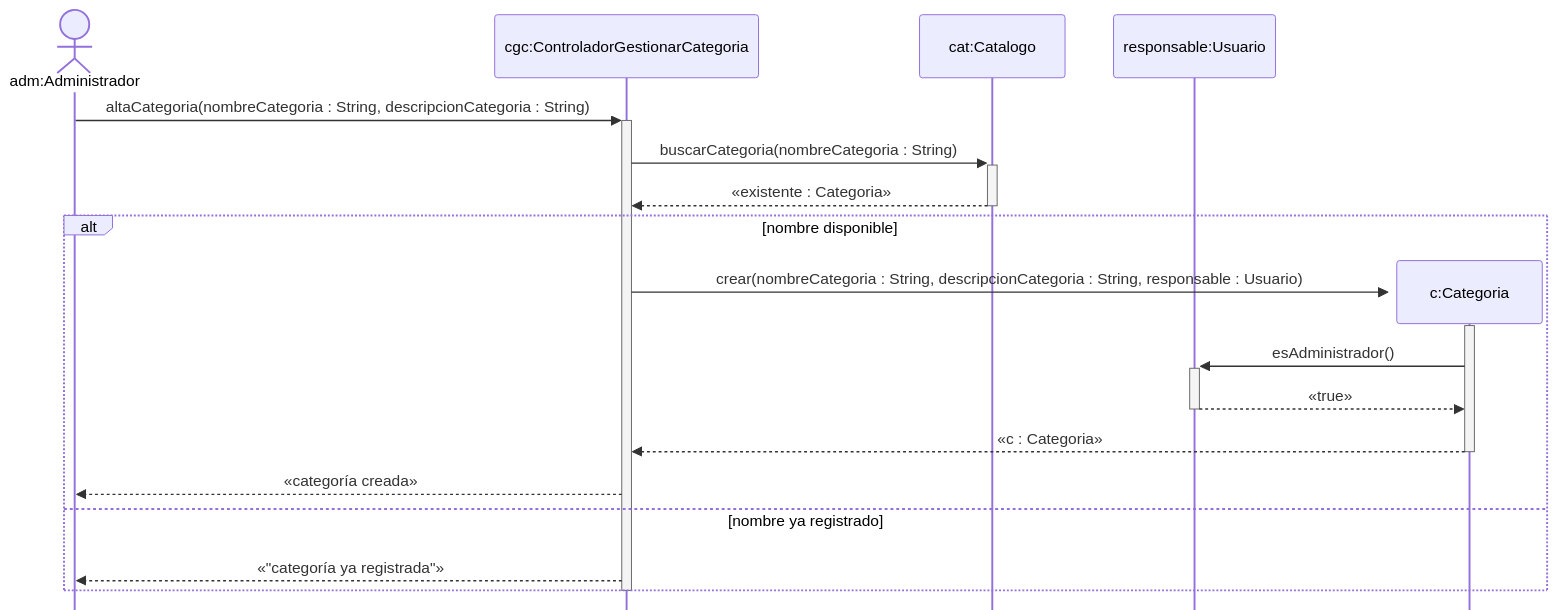
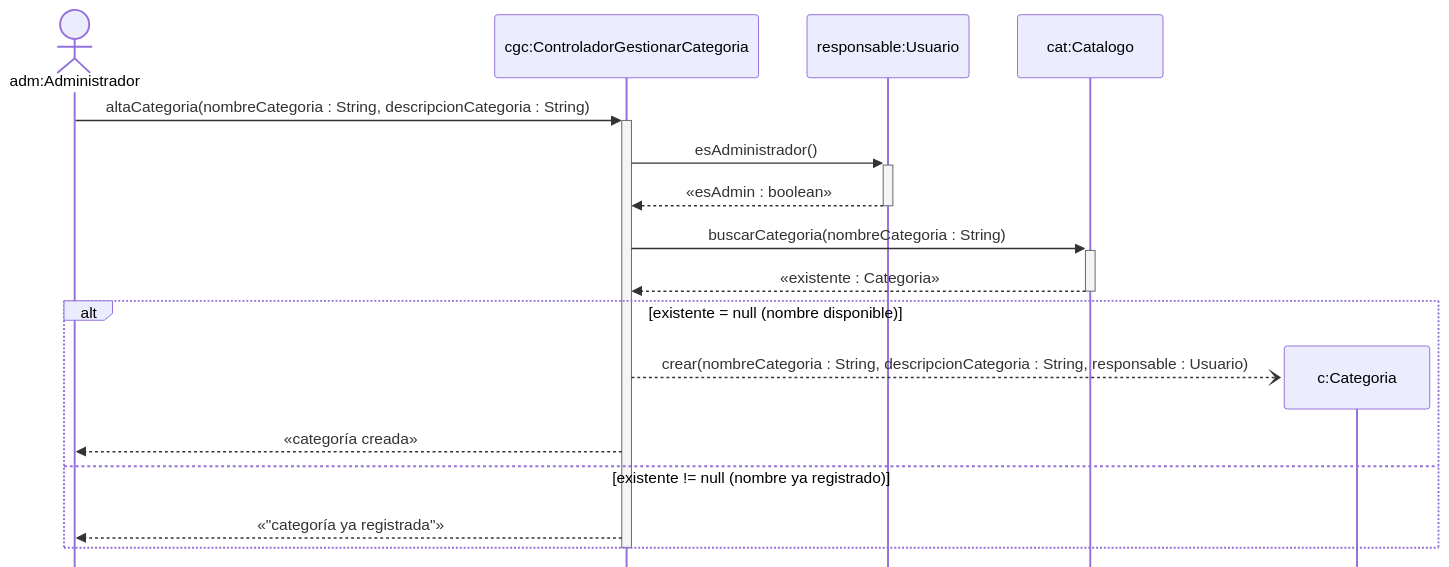
Before and after one commit to cirotop/Stock-Project: the fourth of 12 diagrams in 08-Diagrama De Secuencia/Diagramas_de_Secuencia.md, drawn with Mermaid. The commit also changed other lines of this file, not shown here.

````diff
--- a/08-Diagrama De Secuencia/Diagramas_de_Secuencia.md
+++ b/08-Diagrama De Secuencia/Diagramas_de_Secuencia.md
@@ -115,23 +148,22 @@
 ```mermaid
 %%{init: {"sequence": {"mirrorActors": false}, "themeCSS": ".loopLine { stroke-dasharray: none !important; stroke-width: 1.5px !important; }"}}%%
 sequenceDiagram
     actor adm as adm:Administrador
     participant cgc as cgc:ControladorGestionarCategoria
+    participant resp as responsable:Usuario
     participant cat as cat:Catalogo
-    participant resp as responsable:Usuario
 
     adm->>+cgc: altaCategoria(nombreCategoria : String, descripcionCategoria : String)
+    cgc->>+resp: esAdministrador()
+    resp-->>-cgc: «esAdmin : boolean»
     cgc->>+cat: buscarCategoria(nombreCategoria : String)
     cat-->>-cgc: «existente : Categoria»
-    alt nombre disponible
+    alt existente = null (nombre disponible)
         create participant c as c:Categoria
-        cgc->>+c: crear(nombreCategoria : String, descripcionCategoria : String, responsable : Usuario)
-        c->>+resp: esAdministrador()
-        resp-->>-c: «true»
-        c-->>-cgc: «c : Categoria»
+        cgc--)c: crear(nombreCategoria : String, descripcionCategoria : String, responsable : Usuario)
         cgc-->>adm: «categoría creada»
-    else nombre ya registrado
+    else existente != null (nombre ya registrado)
         cgc-->>adm: «"categoría ya registrada"»
     end
     deactivate cgc
 ```
````
